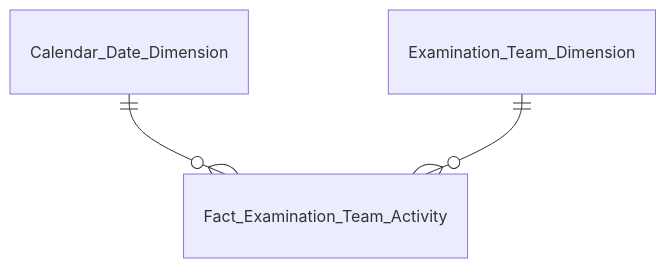
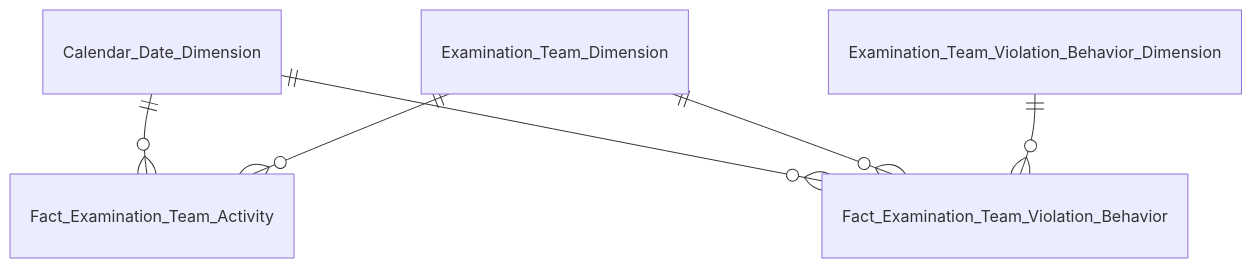
The second of 8 diagrams in Datamart/hld/DTM_TT_Entities.md (linhlvit/ubck_atomic_design), drawn with Mermaid before and after one commit. The commit also changed other lines of this file and 26 other files, not shown here.

````diff
--- a/Datamart/hld/DTM_TT_Entities.md
+++ b/Datamart/hld/DTM_TT_Entities.md
@@ -25,5 +32,8 @@
 ```mermaid
 erDiagram
     Calendar_Date_Dimension ||--o{ Fact_Examination_Team_Activity : " "
     Examination_Team_Dimension ||--o{ Fact_Examination_Team_Activity : " "
+    Calendar_Date_Dimension ||--o{ Fact_Examination_Team_Violation_Behavior : " "
+    Examination_Team_Dimension ||--o{ Fact_Examination_Team_Violation_Behavior : " "
+    Examination_Team_Violation_Behavior_Dimension ||--o{ Fact_Examination_Team_Violation_Behavior : " "
 ```
````
